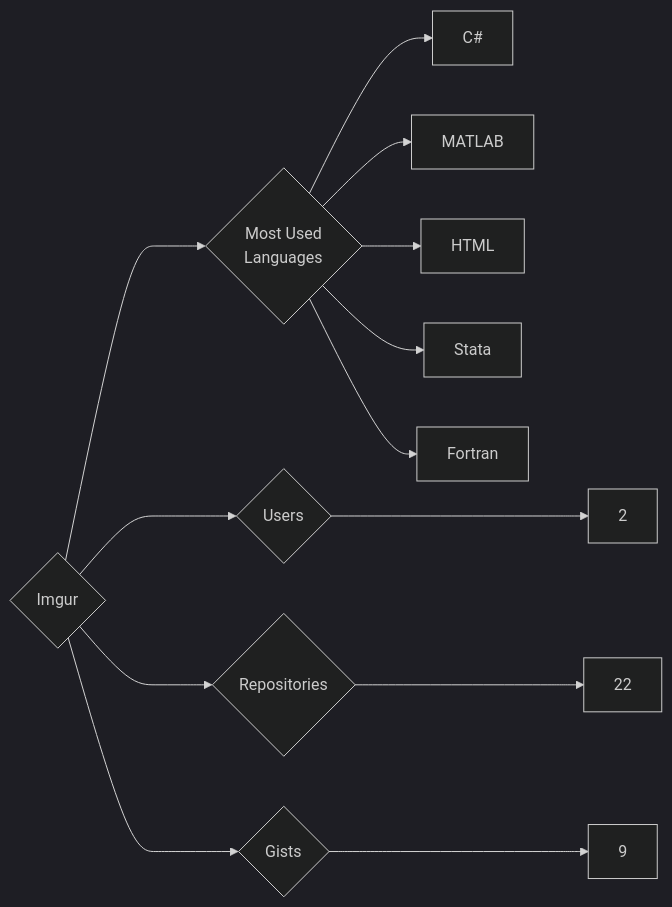
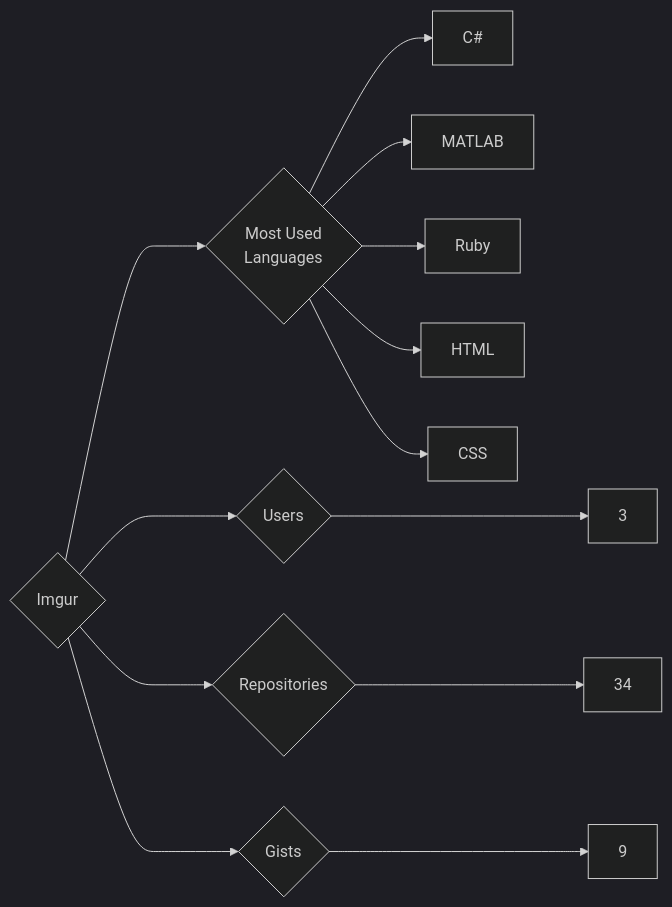
One commit to trickest/insiders changed the diagram in targets/Imgur/README.md. Above: the diagram before and after it, drawn with Mermaid (dark theme). The commit also changed 1020 other files, not shown here.

````diff
--- a/targets/Imgur/README.md
+++ b/targets/Imgur/README.md
@@ -3,13 +3,13 @@
 ```mermaid
 graph LR
 COMPANY_NAME{Imgur}
-COMPANY_NAME ---> U{Users} ---> UN[2]
-COMPANY_NAME ---> R{Repositories} ---> RN[22]
+COMPANY_NAME ---> U{Users} ---> UN[3]
+COMPANY_NAME ---> R{Repositories} ---> RN[34]
 COMPANY_NAME ---> G{Gists} ---> GN[9]
 COMPANY_NAME ---> ML{Most Used<br>Languages}
 ML --> C#[C#]
 ML --> MATLAB[MATLAB]
+ML --> Ruby[Ruby]
 ML --> HTML[HTML]
-ML --> Stata[Stata]
-ML --> Fortran[Fortran]
+ML --> CSS[CSS]
 ```
````
